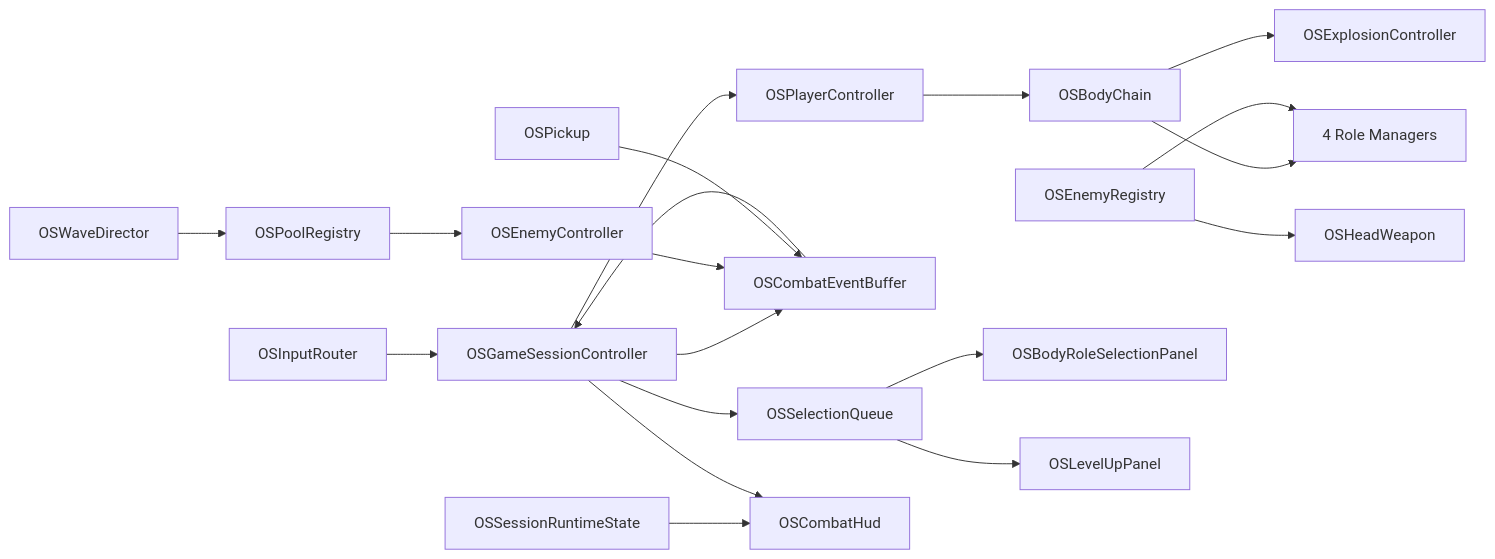
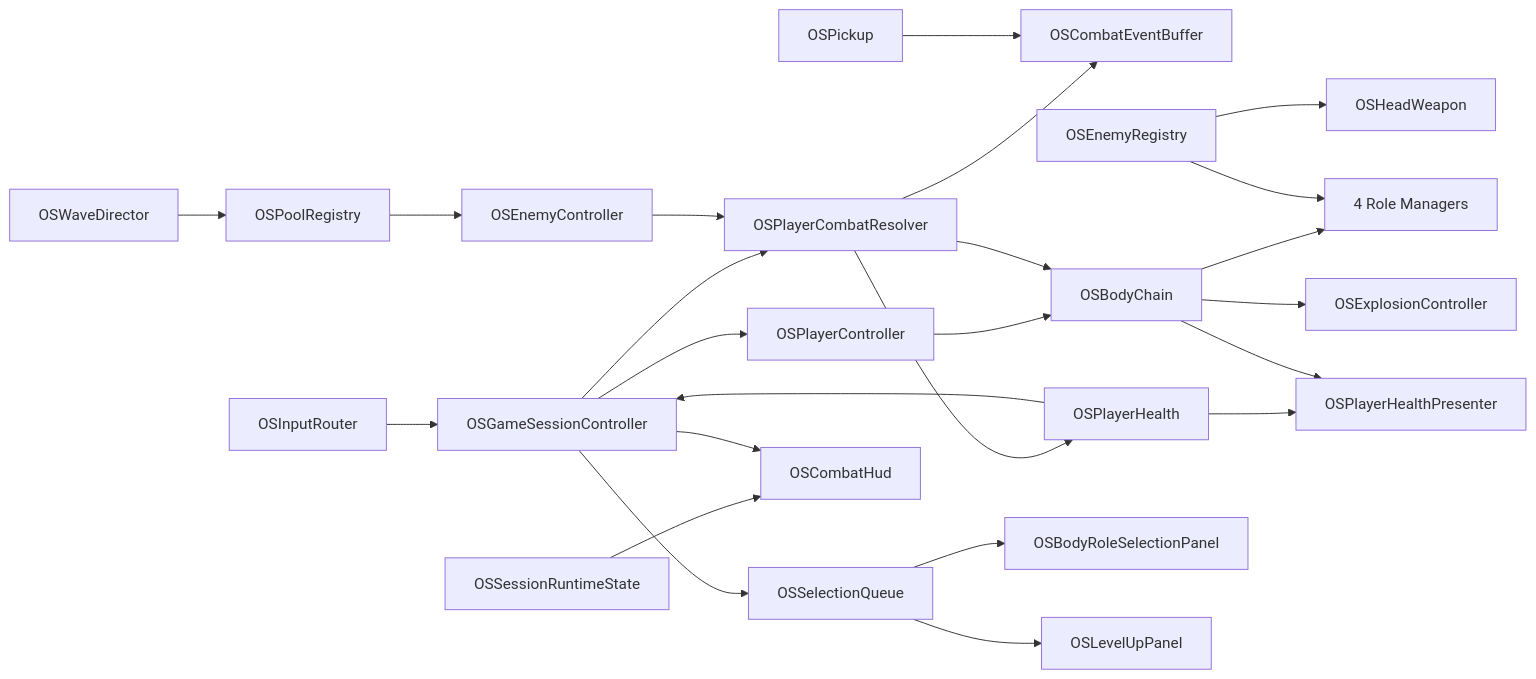
One commit to WackyGameStudio/Ouroboros changed the diagram in docs/OUROBOROS_SWARM_Unity_설계서.md. Above: the diagram before and after it, drawn with Mermaid. The commit also changed other lines of this file and 28 other files, not shown here.

````diff
--- a/docs/OUROBOROS_SWARM_Unity_설계서.md
+++ b/docs/OUROBOROS_SWARM_Unity_설계서.md
@@ -1008,21 +1010,26 @@
 ```mermaid
 flowchart LR
     Input[OSInputRouter] --> Session[OSGameSessionController]
     Session --> Player[OSPlayerController]
-    Session --> Buffer[OSCombatEventBuffer]
+    Session --> Resolver[OSPlayerCombatResolver]
+    Resolver --> Buffer[OSCombatEventBuffer]
     Session --> Queue[OSSelectionQueue]
     Player --> Chain[OSBodyChain]
     Chain --> Roles[4 Role Managers]
     Chain --> Explosion[OSExplosionController]
     Registry[OSEnemyRegistry] --> Head[OSHeadWeapon]
     Registry --> Roles
     Wave[OSWaveDirector] --> Pool[OSPoolRegistry]
     Pool --> Enemy[OSEnemyController]
-    Enemy --> Buffer
+    Enemy --> Resolver
     Pickup[OSPickup] --> Buffer
-    Buffer --> Session
+    Resolver --> Health[OSPlayerHealth]
+    Resolver --> Chain
+    Health --> Session
     Runtime[OSSessionRuntimeState] --> HUD[OSCombatHud]
+    Health --> HealthHUD[OSPlayerHealthPresenter]
+    Chain --> HealthHUD
     Session --> HUD
     Queue --> BodyUI[OSBodyRoleSelectionPanel]
     Queue --> LevelUI[OSLevelUpPanel]
 ```
````
